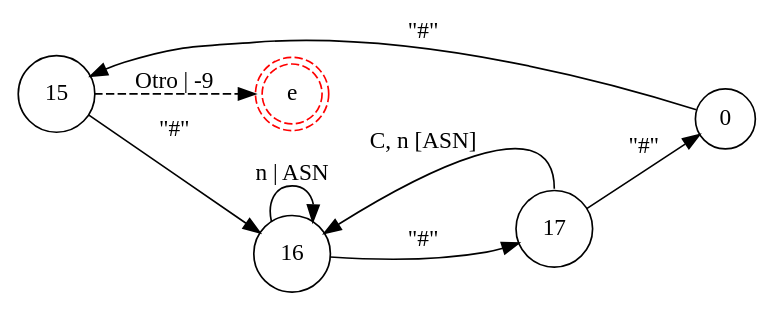
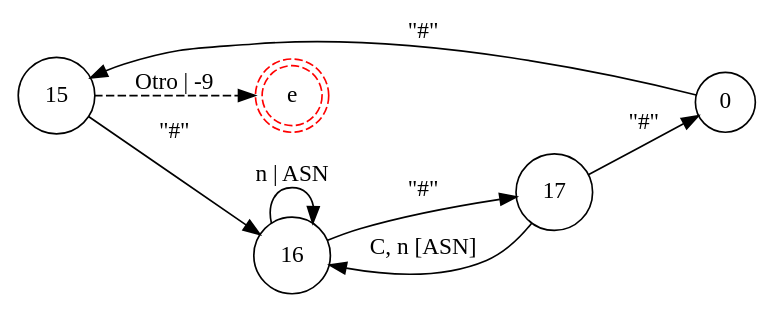
The diagram in resources/diagrams/graphs/comments.dot (iroumec/RouVel-Compiler), drawn with Graphviz before and after one commit. The commit also changed 3 other files, not shown here.

Commit message:
Fixed some errors related to the graphs

```diff
--- a/resources/diagrams/graphs/comments.dot
+++ b/resources/diagrams/graphs/comments.dot
@@ -1,13 +1,13 @@
 digraph DFA {
     rankdir = LR;
     node [shape = circle;];
     eC [shape = doublecircle;style = dashed;color = red;label = "e";];
     
     0 -> 15 [label = "\"#\"";];
     15 -> eC [label = "Otro | -9"; style = dashed;];
     15 -> 16 [label = "\"#\"";];
     16 -> 16 [label = "n | ASN";];
     16 -> 17 [label = "\"#\"";];
-    17 -> 16 [label = "C, n [ASN]"; tailport = n;];
+    17 -> 16 [label = "C, n [ASN]";];
     17 -> 0 [label = "\"#\"";];
 }
```
